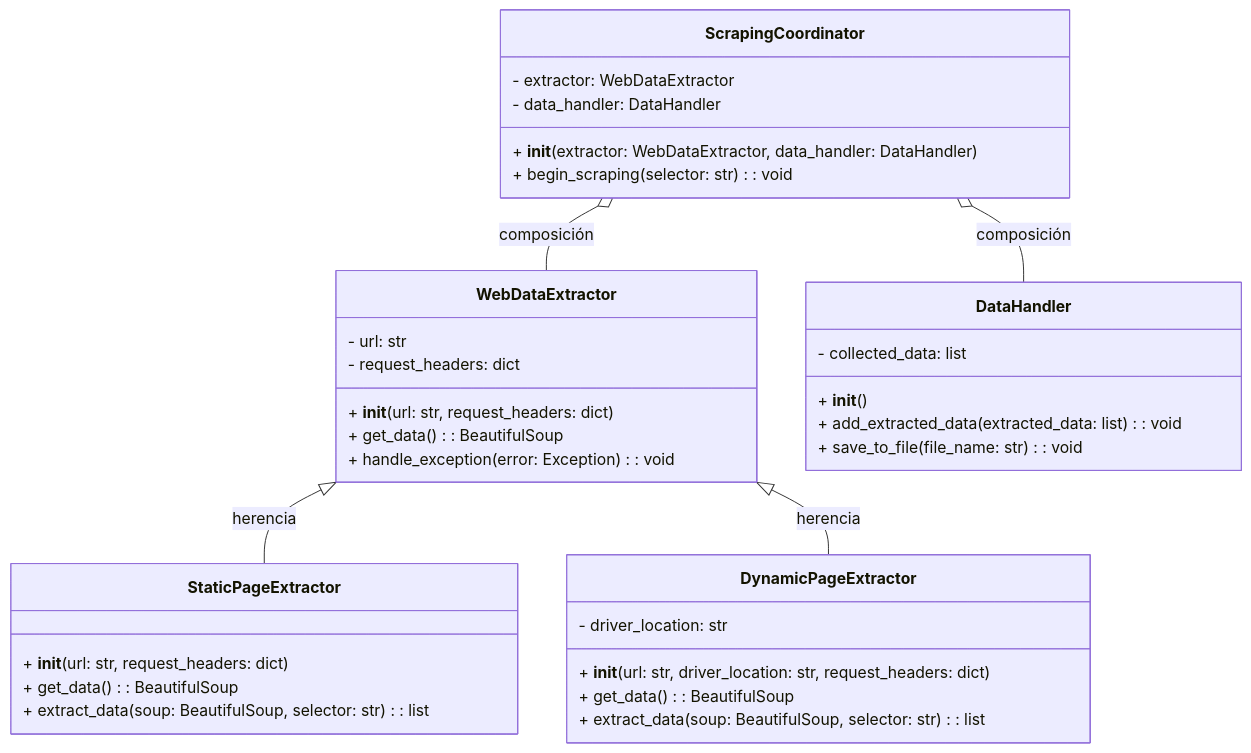
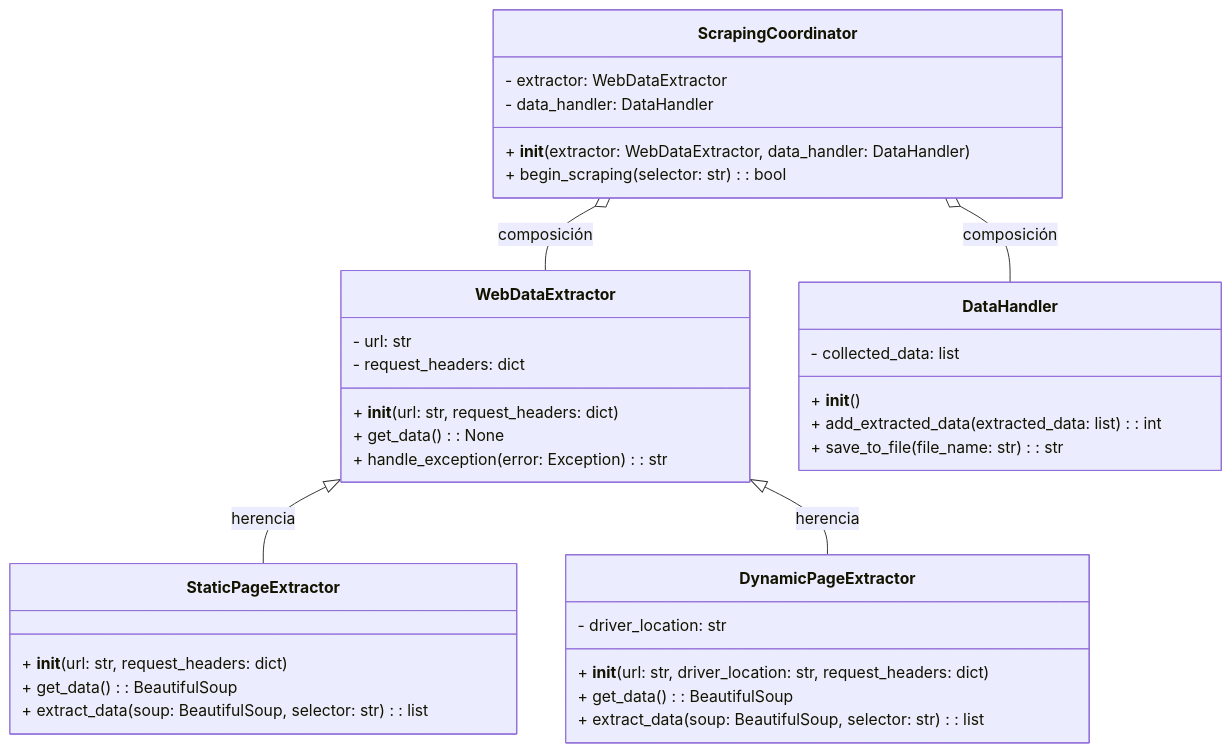
Before and after one commit to santgm56/Super-Proyecto-Final: the diagram in README.md, drawn with Mermaid.

Commit message:
Version0.1.3:Proyecto_Final
Cambio en el diagrama de clases

`````diff
--- a/README.md
+++ b/README.md
@@ -105,48 +105,48 @@
 ````mermaid
 classDiagram
     %% Clase base: WebDataExtractor
     class WebDataExtractor {
         - url: str
         - request_headers: dict
         + __init__(url: str, request_headers: dict)
-        + get_data(): BeautifulSoup
-        + handle_exception(error: Exception): void
+        + get_data(): None
+        + handle_exception(error: Exception): str
     }
 
     %% Clase derivada: StaticPageExtractor
     class StaticPageExtractor {
         + __init__(url: str, request_headers: dict)
         + get_data(): BeautifulSoup
         + extract_data(soup: BeautifulSoup, selector: str): list
     }
 
     %% Clase derivada: DynamicPageExtractor
     class DynamicPageExtractor {
         - driver_location: str
         + __init__(url: str, driver_location: str, request_headers: dict)
         + get_data(): BeautifulSoup
         + extract_data(soup: BeautifulSoup, selector: str): list
     }
 
     %% Clase para gestión de datos: DataHandler
     class DataHandler {
         - collected_data: list
         + __init__()
-        + add_extracted_data(extracted_data: list): void
-        + save_to_file(file_name: str): void
+        + add_extracted_data(extracted_data: list): int
+        + save_to_file(file_name: str): str
     }
 
     %% Clase controladora: ScrapingCoordinator
     class ScrapingCoordinator {
         - extractor: WebDataExtractor
         - data_handler: DataHandler
         + __init__(extractor: WebDataExtractor, data_handler: DataHandler)
-        + begin_scraping(selector: str): void
+        + begin_scraping(selector: str): bool
     }
 
     %% Relaciones
     WebDataExtractor <|-- StaticPageExtractor : herencia
     WebDataExtractor <|-- DynamicPageExtractor : herencia
     ScrapingCoordinator o-- WebDataExtractor : composición
     ScrapingCoordinator o-- DataHandler : composición
 ````
`````
